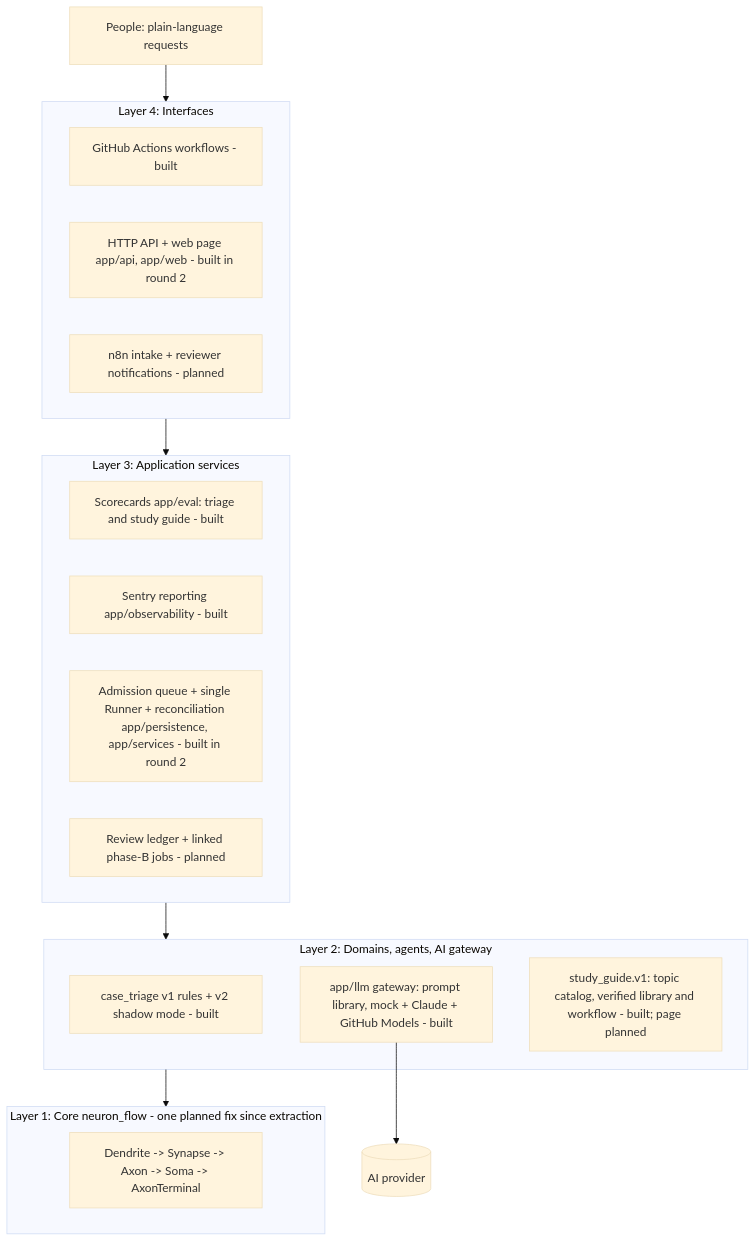
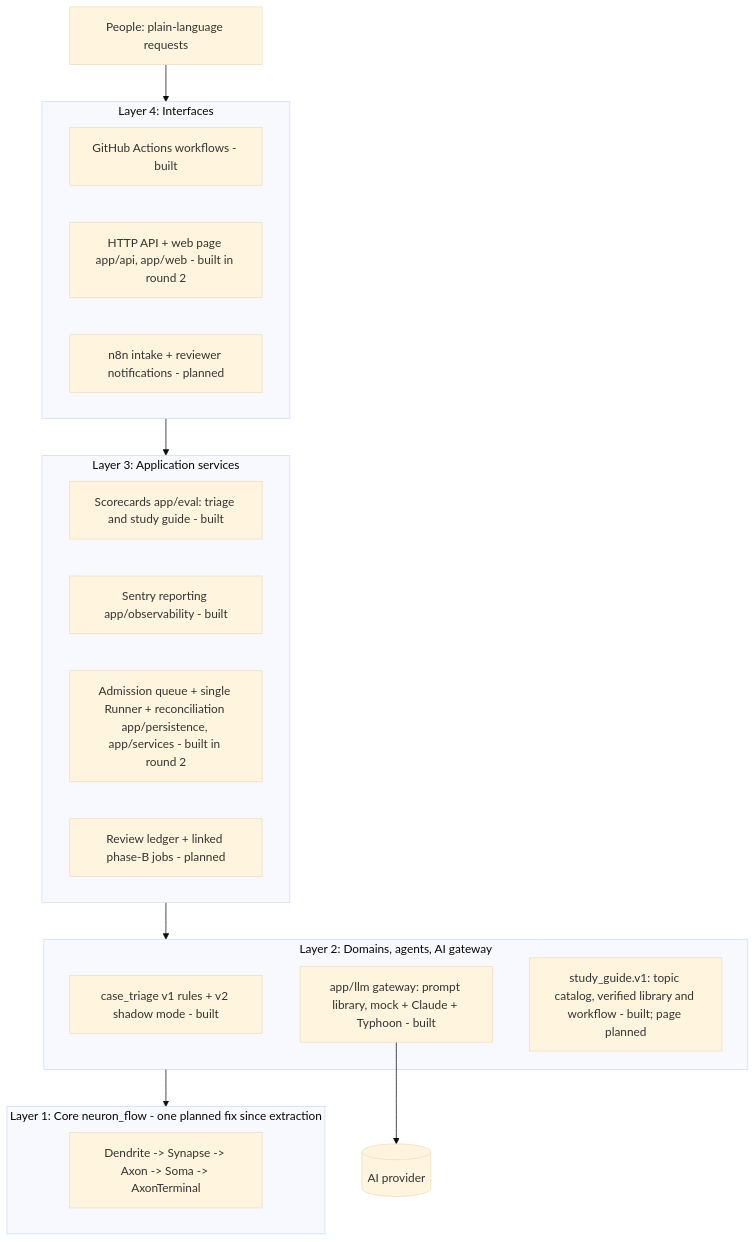
One commit to narongdetpyou-ux/System_Neuron_flow_AI changed the diagram in docs/architecture.md. Above: the diagram before and after it, drawn with Mermaid (base theme). The commit also changed other lines of this file and 27 other files, not shown here.

````diff
--- a/docs/architecture.md
+++ b/docs/architecture.md
@@ -25,25 +25,25 @@
 ```mermaid
 flowchart TD
     U[People: plain-language requests] --> L4
     subgraph L4[Layer 4: Interfaces]
       GH[GitHub Actions workflows - built]
       API[HTTP API + web page app/api, app/web - built in round 2]
       N8N[n8n intake + reviewer notifications - planned]
     end
     subgraph L3[Layer 3: Application services]
       EV[Scorecards app/eval: triage and study guide - built]
       OBS[Sentry reporting app/observability - built]
       Q[Admission queue + single Runner + reconciliation app/persistence, app/services - built in round 2]
       REV[Review ledger + linked phase-B jobs - planned]
     end
     subgraph L2[Layer 2: Domains, agents, AI gateway]
       TRI[case_triage v1 rules + v2 shadow mode - built]
-      LLM[app/llm gateway: prompt library, mock + Claude + GitHub Models - built]
+      LLM[app/llm gateway: prompt library, mock + Claude + Typhoon - built]
       SG[study_guide.v1: topic catalog, verified library and workflow - built; page planned]
     end
     subgraph L1[Layer 1: Core neuron_flow - one planned fix since extraction]
       CORE[Dendrite -> Synapse -> Axon -> Soma -> AxonTerminal]
     end
     L4 --> L3 --> L2 --> L1
     LLM --> P[(AI provider)]
 ```
````
